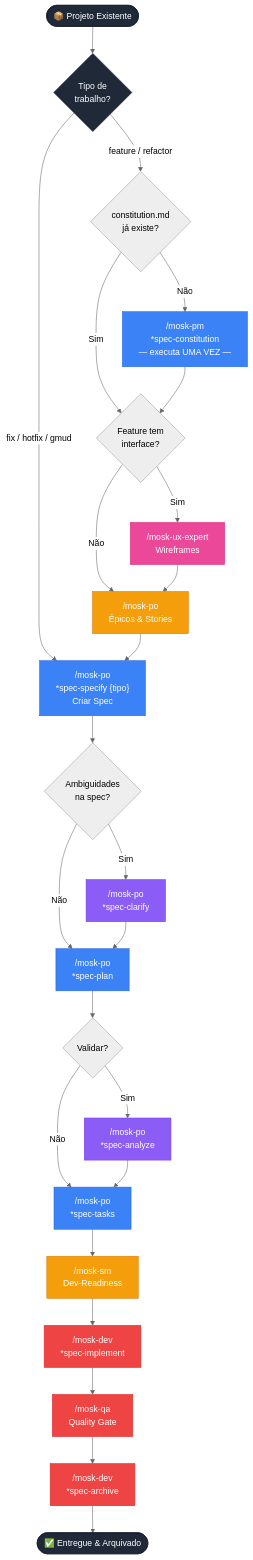
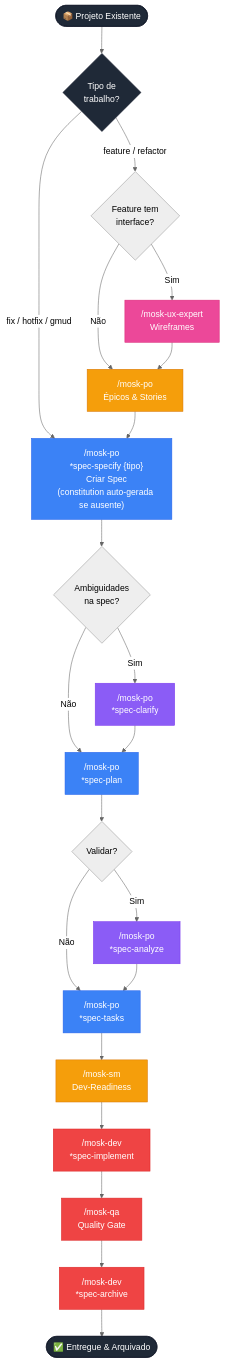
One commit to rogerznts/mosk changed the second of 2 diagrams in README.md. Above: the diagram before and after it, drawn with Mermaid (neutral theme). The commit also changed other lines of this file and 8 other files, not shown here.

Commit message:
Move `spec-constitution` task from PM to PO, automate its execution within `spec-specify` if not present, and update the agent workflow order.

````diff
--- a/README.md
+++ b/README.md
@@ -185,62 +183,57 @@
 ```mermaid
 flowchart TD
     Start(["📦 Projeto Existente"]) --> WT{"Tipo de
     trabalho?"}
 
-    WT -->|"feature / refactor"| CQ{"constitution.md
-    já existe?"}
+    WT -->|"feature / refactor"| UXQ{"Feature tem
+    interface?"}
     WT -->|"fix / hotfix / gmud"| S
 
-    CQ -->|Não| C["/mosk-pm
-    *spec-constitution
-    — executa UMA VEZ —"]
-    CQ -->|Sim| UXQ
-    C --> UXQ{"Feature tem
-    interface?"}
     UXQ -->|Sim| UX["/mosk-ux-expert
     Wireframes"]
     UXQ -->|Não| PO
     UX --> PO["/mosk-po
     Épicos & Stories"]
     PO --> S["/mosk-po
     *spec-specify {tipo}
-    Criar Spec"]
+    Criar Spec
+    (constitution auto-gerada se ausente)"]
 
     S --> AQ{"Ambiguidades
     na spec?"}
     AQ -->|Sim| CL["/mosk-po
     *spec-clarify"]
     AQ -->|Não| P
     CL --> P["/mosk-po
     *spec-plan"]
     P --> VQ{"Validar?"}
     VQ -->|Sim| AN["/mosk-po
     *spec-analyze"]
     VQ -->|Não| T
     AN --> T["/mosk-po
     *spec-tasks"]
 
     T --> SM["/mosk-sm
     Dev-Readiness"]
     SM --> DI["/mosk-dev
     *spec-implement"]
     DI --> QA["/mosk-qa
     Quality Gate"]
     QA --> AR["/mosk-dev
     *spec-archive"]
     AR --> FD(["✅ Entregue & Arquivado"])
 
     classDef ux fill:#ec4899,stroke:#db2777,color:#fff
     classDef speckit fill:#3b82f6,stroke:#2563eb,color:#fff
     classDef optional fill:#8b5cf6,stroke:#7c3aed,color:#fff
     classDef stories fill:#f59e0b,stroke:#d97706,color:#fff
     classDef impl fill:#ef4444,stroke:#dc2626,color:#fff
     classDef endpoint fill:#1f2937,stroke:#111827,color:#fff
 
     class UX ux
-    class C,S,P,T speckit
+    class S,P,T speckit
     class CL,AN optional
     class PO,SM stories
     class DI,QA,AR impl
     class Start,FD,WT endpoint
 ```
````
